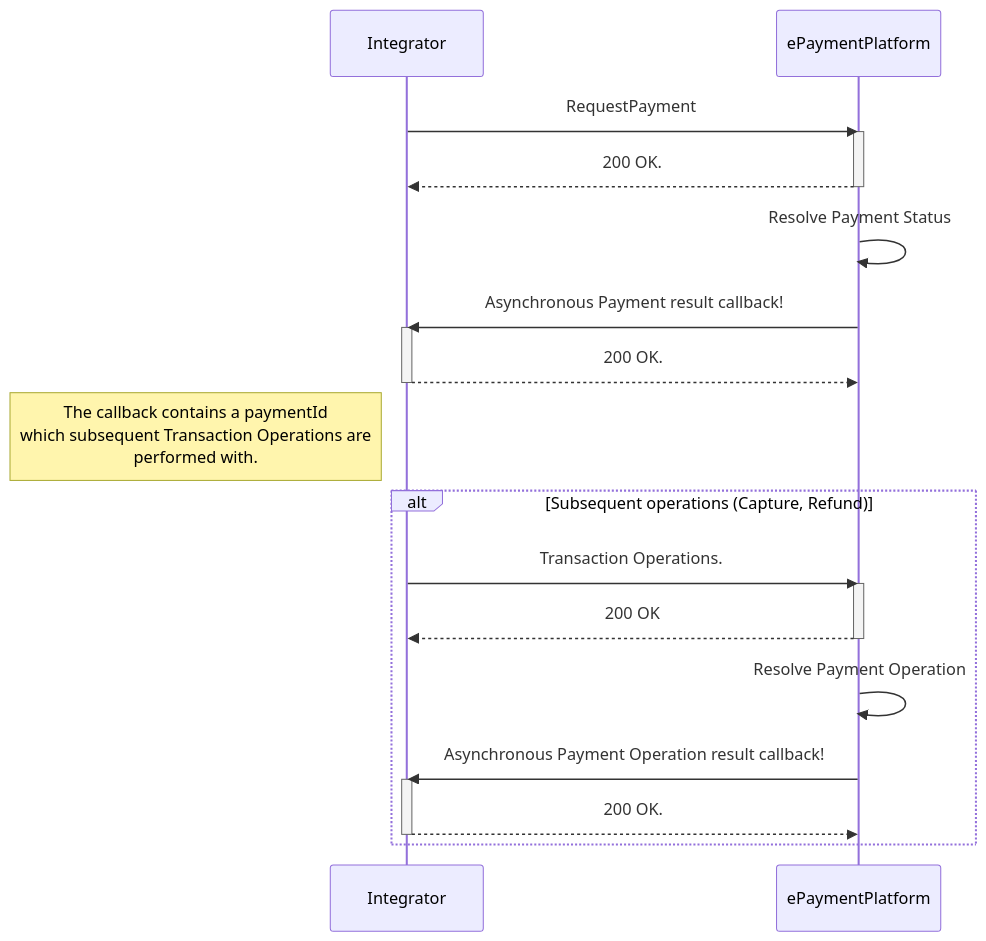
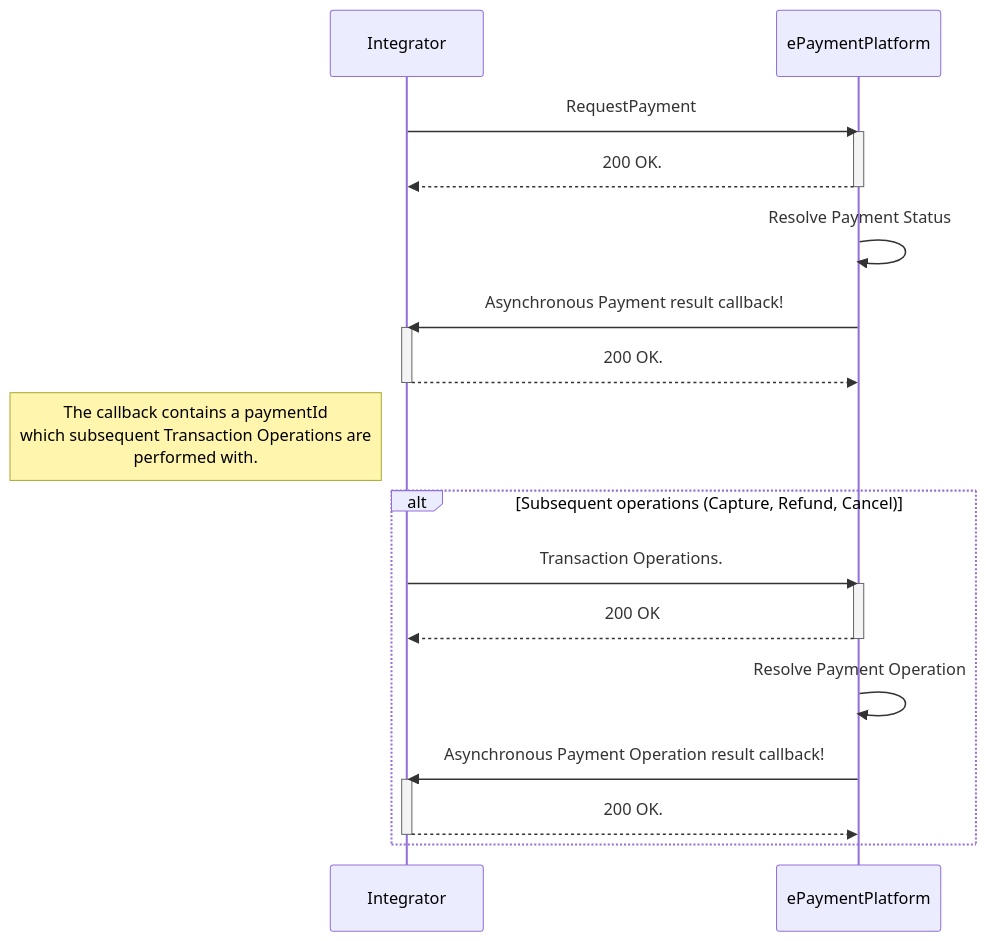
One commit to BankAxept/bankaxept-epayment-development-kit changed the second of 2 diagrams in GettingStarted.md. Above: the diagram before and after it, drawn with Mermaid. The commit also changed other lines of this file and 1 other file, not shown here.

````diff
--- a/GettingStarted.md
+++ b/GettingStarted.md
@@ -26,34 +86,34 @@
 ```mermaid
 sequenceDiagram
     participant Integrator
     participant ePaymentPlatform
     
     Integrator->>ePaymentPlatform: RequestPayment
     activate ePaymentPlatform
     ePaymentPlatform-->>Integrator: 200 OK.
     deactivate ePaymentPlatform
     
     ePaymentPlatform ->> ePaymentPlatform : Resolve Payment Status
 
     ePaymentPlatform->>Integrator: Asynchronous Payment result callback!
     activate Integrator
     Integrator-->>ePaymentPlatform: 200 OK.
     deactivate Integrator
     note left of Integrator: The callback contains a paymentId <br/> which subsequent Transaction Operations are <br/> performed with.
 
-    alt Subsequent operations (Capture, Refund)
+    alt Subsequent operations (Capture, Refund, Cancel)
     
     Integrator ->> ePaymentPlatform: Transaction Operations.
     activate ePaymentPlatform
     ePaymentPlatform-->>Integrator: 200 OK
     deactivate ePaymentPlatform
 
     ePaymentPlatform ->> ePaymentPlatform : Resolve Payment Operation
 
     ePaymentPlatform->>Integrator: Asynchronous Payment Operation result callback!
     activate Integrator
     Integrator-->>ePaymentPlatform: 200 OK.
     deactivate Integrator
     
     end 
 ```
````
